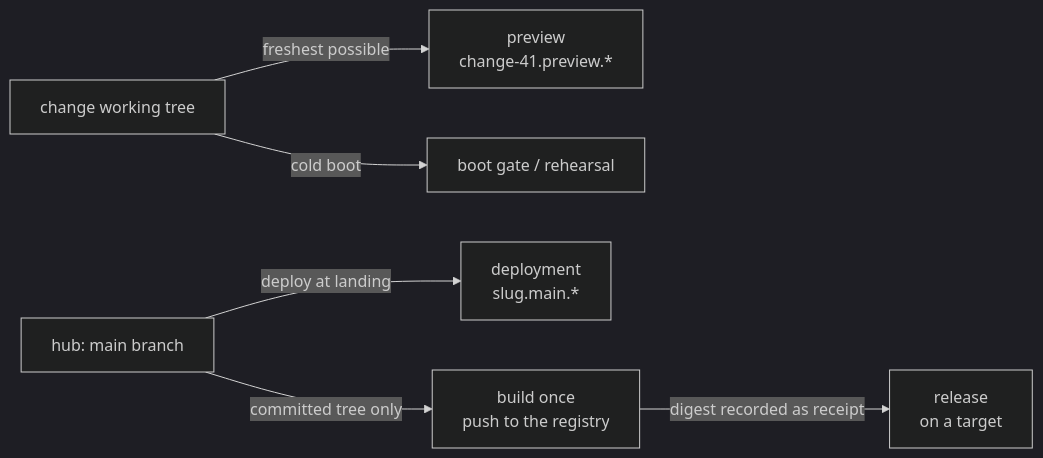
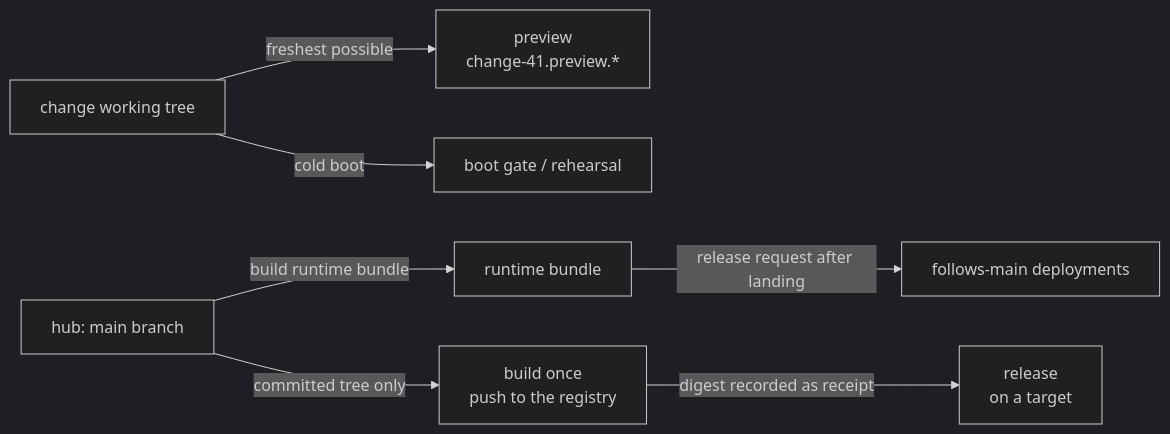
Diagram 12 of 14 in stock/docs/guides/architecture.md (flokkit/apptown), drawn with Mermaid (dark theme) before and after one commit. The commit also changed other lines of this file and 291 other files, not shown here.

````diff
--- a/stock/docs/guides/architecture.md
+++ b/stock/docs/guides/architecture.md
@@ -511,8 +511,9 @@
 ```mermaid
 flowchart LR
     WT[change working tree] -->|freshest possible| PV[preview<br/>change-41.preview.*]
     WT -->|cold boot| BG[boot gate / rehearsal]
-    MAIN[hub: main branch] -->|deploy at landing| EV[deployment<br/>slug.main.*]
+    MAIN[hub: main branch] -->|build runtime bundle| RB[runtime bundle]
+    RB -->|release request after landing| EV[follows-main deployments]
     MAIN -->|committed tree only| BLD[build once<br/>push to the registry]
     BLD -->|digest recorded as receipt| REL[release<br/>on a target]
 ```
````
